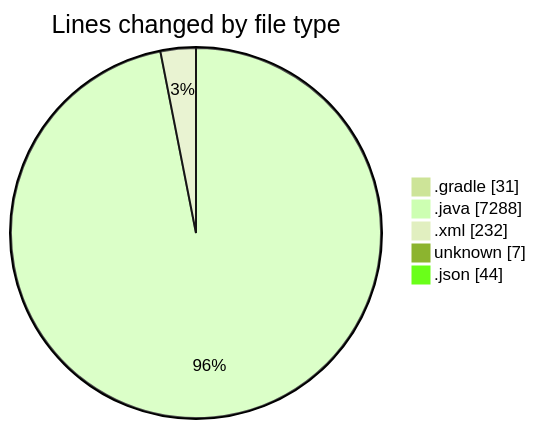
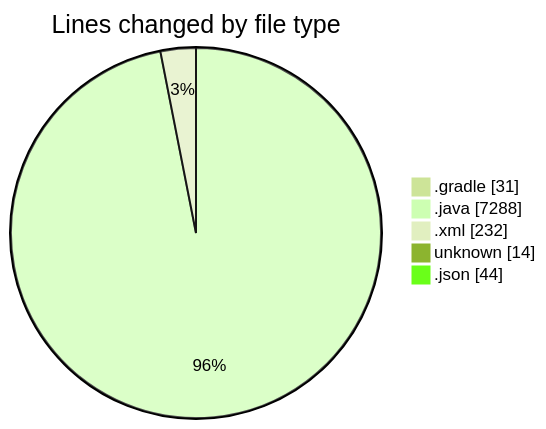
The first of 2 diagrams in 2025-02-21/micros/README.md (charlie-sans/code-tracking), drawn with Mermaid (forest theme) before and after one commit. The commit also changed other lines of this file and 1 other file, not shown here.

````diff
--- a/2025-02-21/micros/README.md
+++ b/2025-02-21/micros/README.md
@@ -55,9 +56,9 @@
 ```mermaid
 pie showData
 title Lines changed by file type
 ".gradle" : 31
 ".java" : 7288
 ".xml" : 232
-"unknown" : 7
+"unknown" : 14
 ".json" : 44
 ```
````
